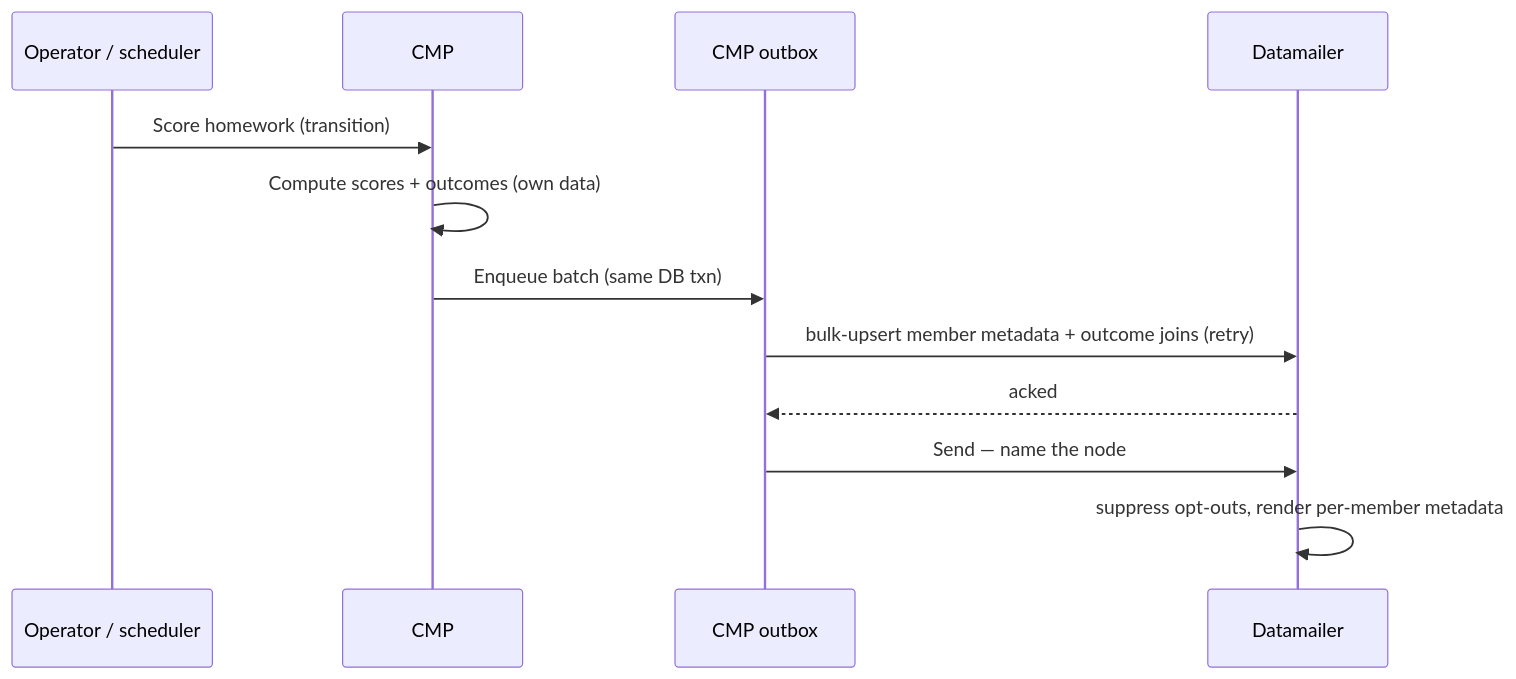
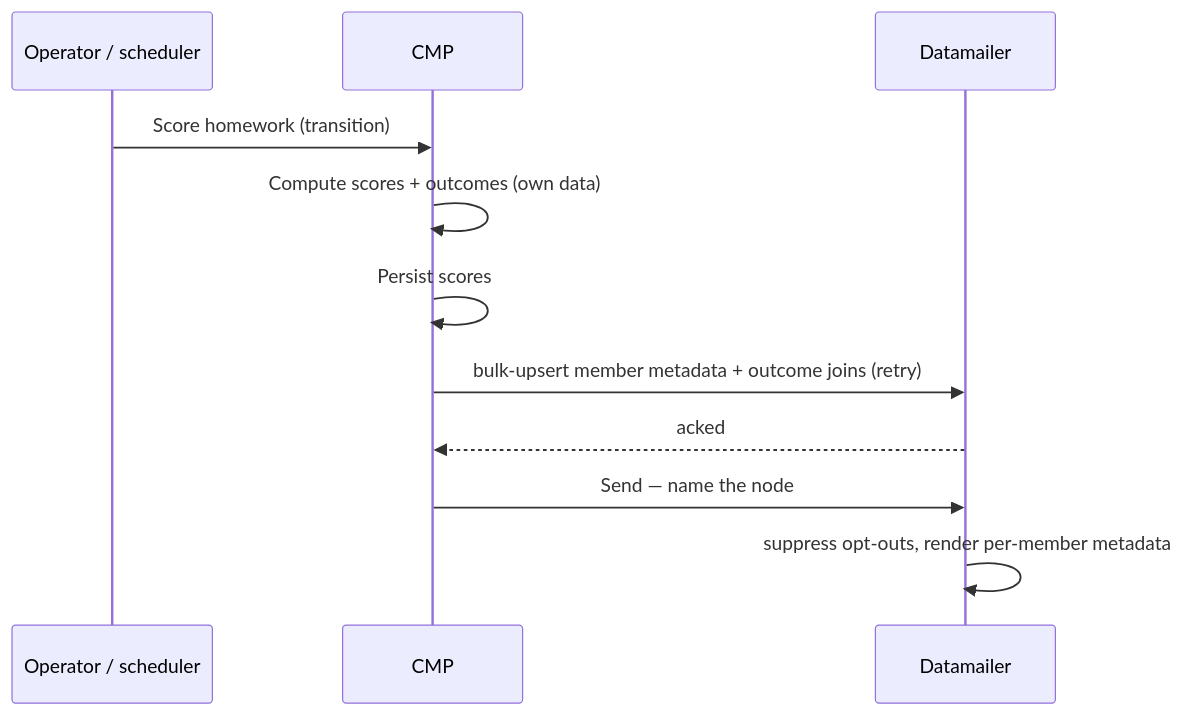
The fourth of 17 diagrams in docs/datamailer-integration.md (DataTalksClub/course-management-platform), drawn with Mermaid before and after one commit. The commit also changed other lines of this file and 1 other file, not shown here.

````diff
--- a/docs/datamailer-integration.md
+++ b/docs/datamailer-integration.md
@@ -331,15 +363,14 @@
 ```mermaid
 sequenceDiagram
     participant Op as Operator / scheduler
     participant CMP
-    participant Outbox as CMP outbox
     participant DM as Datamailer
 
     Op->>CMP: Score homework (transition)
     CMP->>CMP: Compute scores + outcomes (own data)
-    CMP->>Outbox: Enqueue batch (same DB txn)
-    Outbox->>DM: bulk-upsert member metadata + outcome joins (retry)
-    DM-->>Outbox: acked
-    Outbox->>DM: Send — name the node
+    CMP->>CMP: Persist scores
+    CMP->>DM: bulk-upsert member metadata + outcome joins (retry)
+    DM-->>CMP: acked
+    CMP->>DM: Send — name the node
     DM->>DM: suppress opt-outs, render per-member metadata
 ```
````
